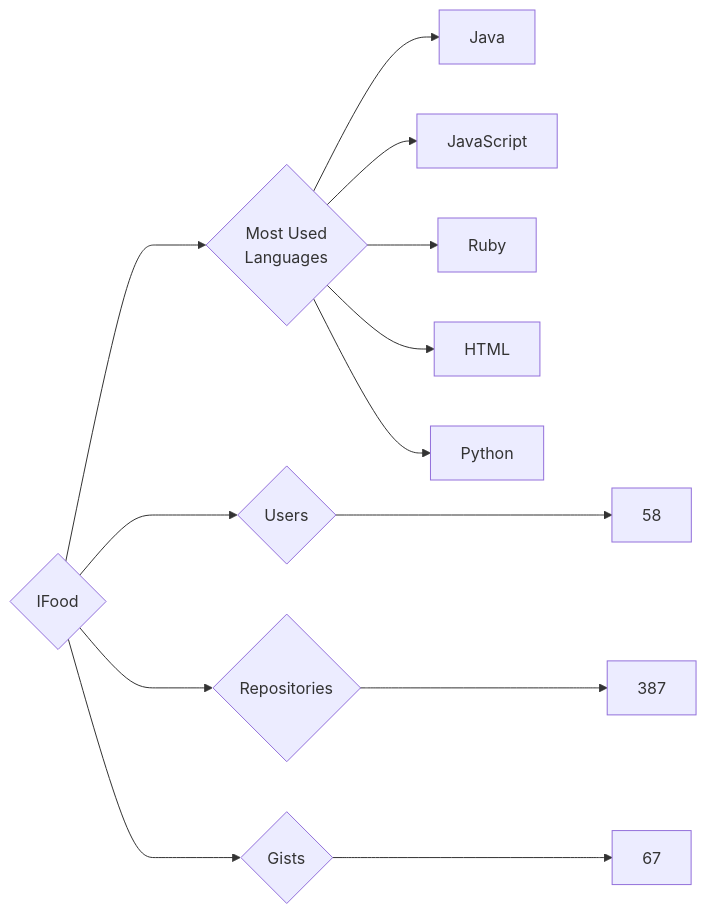
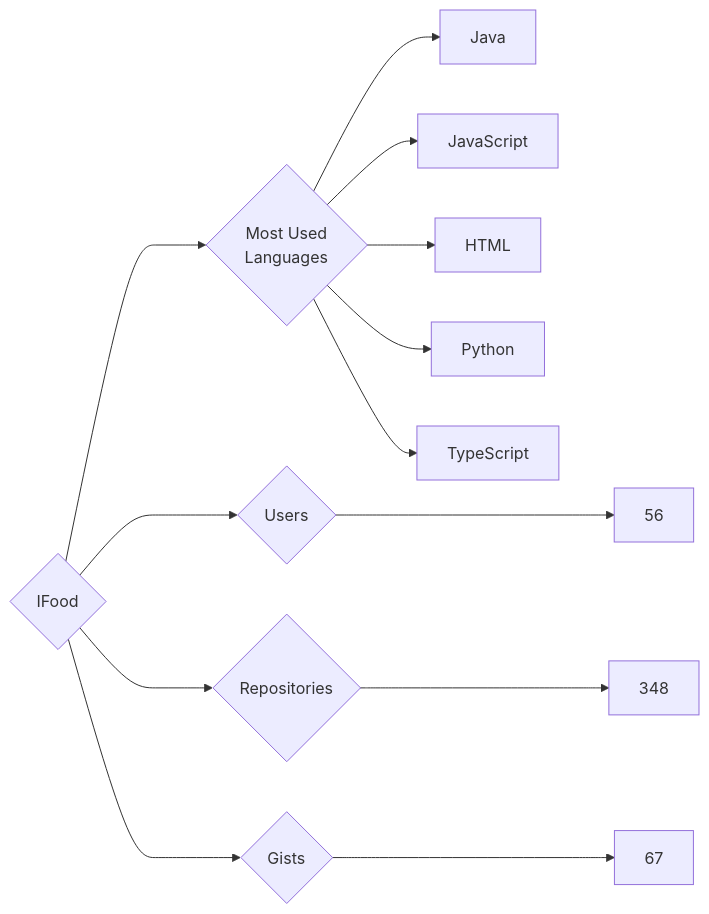
One commit to trickest/insiders changed the diagram in targets/IFood/README.md. Above: the diagram before and after it, drawn with Mermaid. The commit also changed 610 other files, not shown here.

````diff
--- a/targets/IFood/README.md
+++ b/targets/IFood/README.md
@@ -3,13 +3,13 @@
 ```mermaid
 graph LR
 COMPANY_NAME{IFood}
-COMPANY_NAME ---> U{Users} ---> UN[58]
-COMPANY_NAME ---> R{Repositories} ---> RN[387]
+COMPANY_NAME ---> U{Users} ---> UN[56]
+COMPANY_NAME ---> R{Repositories} ---> RN[348]
 COMPANY_NAME ---> G{Gists} ---> GN[67]
 COMPANY_NAME ---> ML{Most Used<br>Languages}
 ML --> Java[Java]
 ML --> JavaScript[JavaScript]
-ML --> Ruby[Ruby]
 ML --> HTML[HTML]
 ML --> Python[Python]
+ML --> TypeScript[TypeScript]
 ```
````
